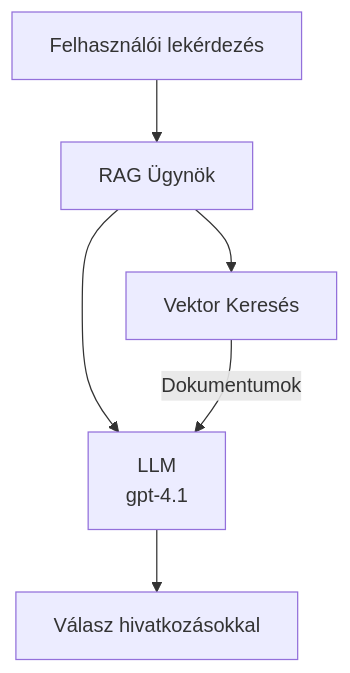
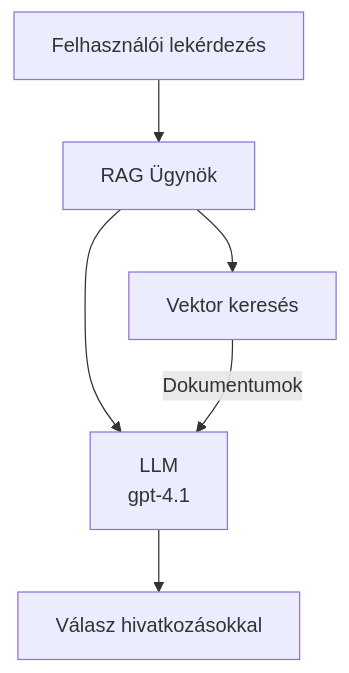
The second of 3 diagrams in translations/hu/docs/chapter-02-ai-development/agents.md (microsoft/AZD-for-beginners), drawn with Mermaid before and after one commit. The commit also changed other lines of this file and 101 other files, not shown here.

````diff
--- a/translations/hu/docs/chapter-02-ai-development/agents.md
+++ b/translations/hu/docs/chapter-02-ai-development/agents.md
@@ -170,8 +175,8 @@
 ```mermaid
 graph TD
     Query[Felhasználói lekérdezés] --> RAG[RAG Ügynök]
-    RAG --> Vector[Vektor Keresés]
+    RAG --> Vector[Vektor keresés]
     RAG --> LLM[LLM<br/>gpt-4.1]
     Vector -- Dokumentumok --> LLM
     LLM --> Response[Válasz hivatkozásokkal]
 ```
````
